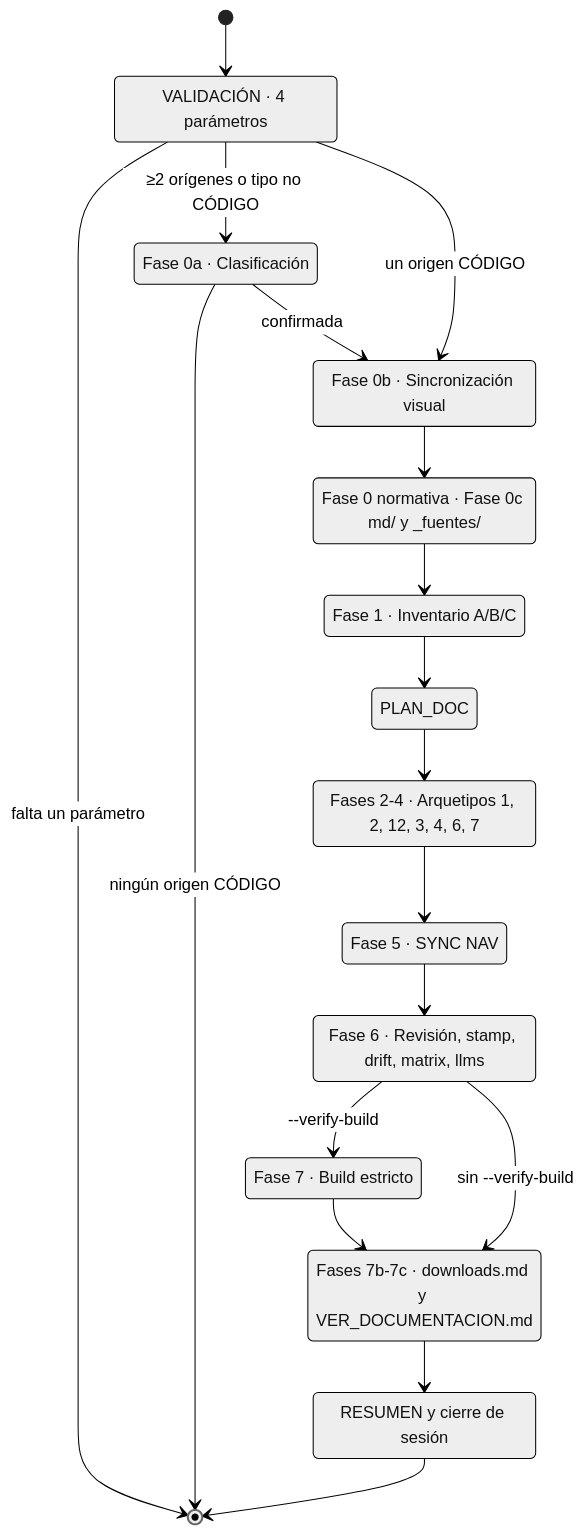
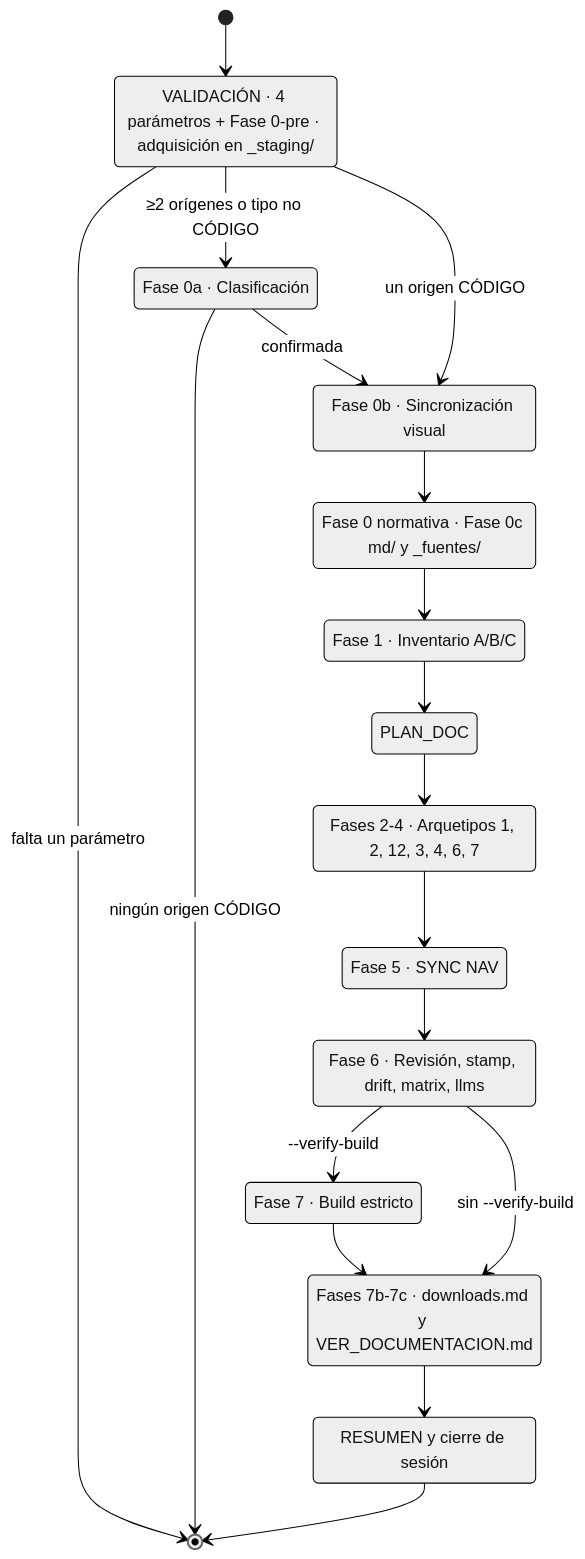
The diagram in docs/api/document_project.md (fmanza/doc_ia), drawn with Mermaid (neutral theme) before and after one commit. The commit also changed other lines of this file and 29 other files, not shown here.

First line of the commit message:
feat(document-project): orígenes remotos, de red y versionados (Fase 0-pre)

````diff
--- a/docs/api/document_project.md
+++ b/docs/api/document_project.md
@@ -16,34 +17,34 @@
 ```mermaid
 stateDiagram-v2
     accTitle: Fases internas de document_project
     accDescr: Máquina de fases del flujo, desde la validación de los cuatro parámetros hasta el cierre de sesión, con las dos salidas anticipadas (parámetro faltante o ningún origen de código) y el build estricto opcional.
-    state "VALIDACIÓN · 4 parámetros" as VALIDACION
+    state "VALIDACIÓN · 4 parámetros + Fase 0-pre · adquisición en _staging/" as VALIDACION
     state "Fase 0a · Clasificación" as CLASIFICACION
     state "Fase 0b · Sincronización visual" as SYNC_VISUAL
     state "Fase 0 normativa · Fase 0c md/ y _fuentes/" as PREPARACION
     state "Fase 1 · Inventario A/B/C" as INVENTARIO
     state "PLAN_DOC" as PLAN_DOC
     state "Fases 2-4 · Arquetipos 1, 2, 12, 3, 4, 6, 7" as GENERACION
     state "Fase 5 · SYNC NAV" as SYNC_NAV
     state "Fase 6 · Revisión, stamp, drift, matrix, llms" as REVISION
     state "Fase 7 · Build estricto" as BUILD
     state "Fases 7b-7c · downloads.md y VER_DOCUMENTACION.md" as DESCARGAS
     state "RESUMEN y cierre de sesión" as CIERRE
     [*] --> VALIDACION
     VALIDACION --> [*] : falta un parámetro
     VALIDACION --> CLASIFICACION : ≥2 orígenes o tipo no CÓDIGO
     VALIDACION --> SYNC_VISUAL : un origen CÓDIGO
     CLASIFICACION --> [*] : ningún origen CÓDIGO
     CLASIFICACION --> SYNC_VISUAL : confirmada
     SYNC_VISUAL --> PREPARACION
     PREPARACION --> INVENTARIO
     INVENTARIO --> PLAN_DOC
     PLAN_DOC --> GENERACION
     GENERACION --> SYNC_NAV
     SYNC_NAV --> REVISION
     REVISION --> BUILD : --verify-build
     REVISION --> DESCARGAS : sin --verify-build
     BUILD --> DESCARGAS
     DESCARGAS --> CIERRE
     CIERRE --> [*]
 ```
````
